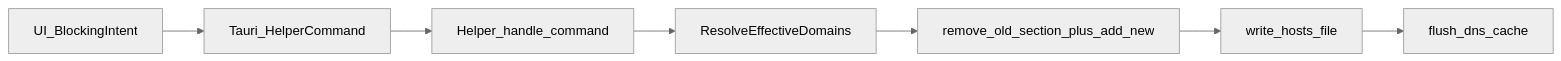
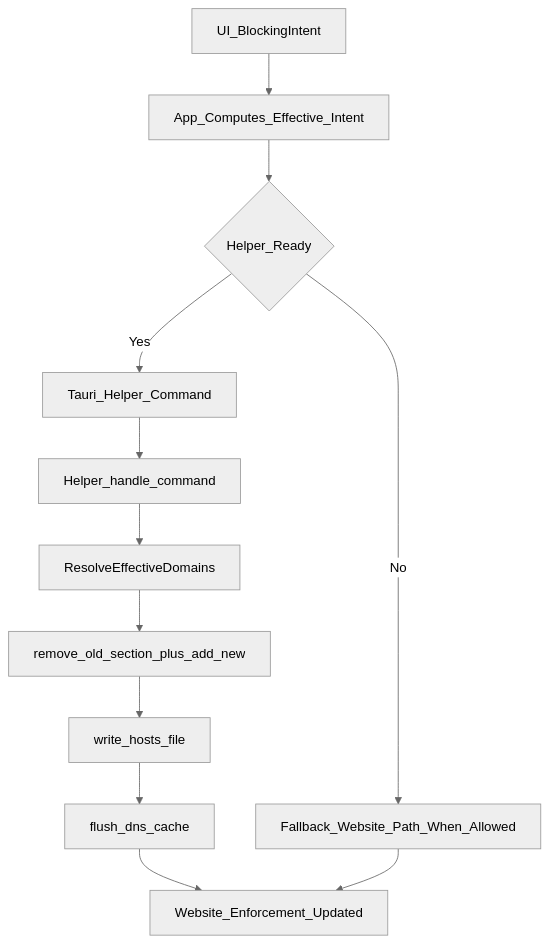
One commit to kasnder/redd-block changed the third of 13 diagrams in architecture.md. Above: the diagram before and after it, drawn with Mermaid (neutral theme). The commit also changed other lines of this file, not shown here.

````diff
--- a/architecture.md
+++ b/architecture.md
@@ -117,9 +160,14 @@
 ```mermaid
-flowchart LR
-    uiIntent[UI_BlockingIntent] --> tauriCmd[Tauri_HelperCommand]
+flowchart TD
+    uiIntent[UI_BlockingIntent] --> appDecision[App_Computes_Effective_Intent]
+    appDecision --> readyCheck{Helper_Ready}
+    readyCheck -->|Yes| tauriCmd[Tauri_Helper_Command]
+    readyCheck -->|No| fallbackPath[Fallback_Website_Path_When_Allowed]
     tauriCmd --> helperCmd[Helper_handle_command]
     helperCmd --> mergeDomains[ResolveEffectiveDomains]
     mergeDomains --> hostsTransform[remove_old_section_plus_add_new]
     hostsTransform --> hostsWrite[write_hosts_file]
     hostsWrite --> dnsFlush[flush_dns_cache]
+    dnsFlush --> enforced[Website_Enforcement_Updated]
+    fallbackPath --> enforced
 ```
````
